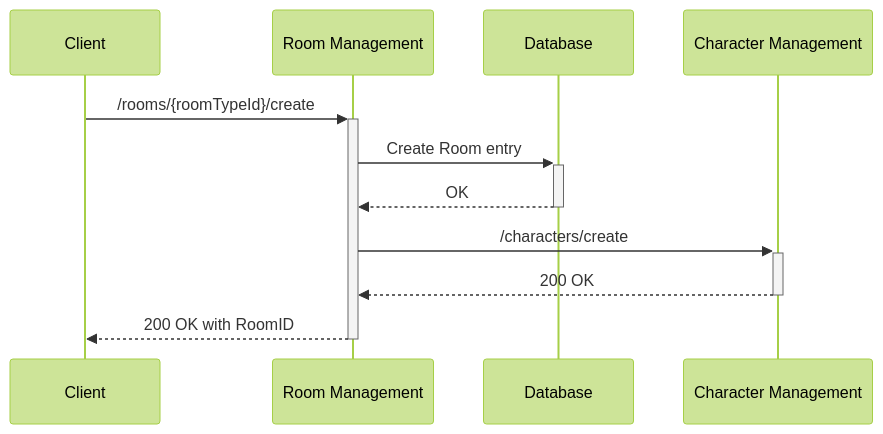
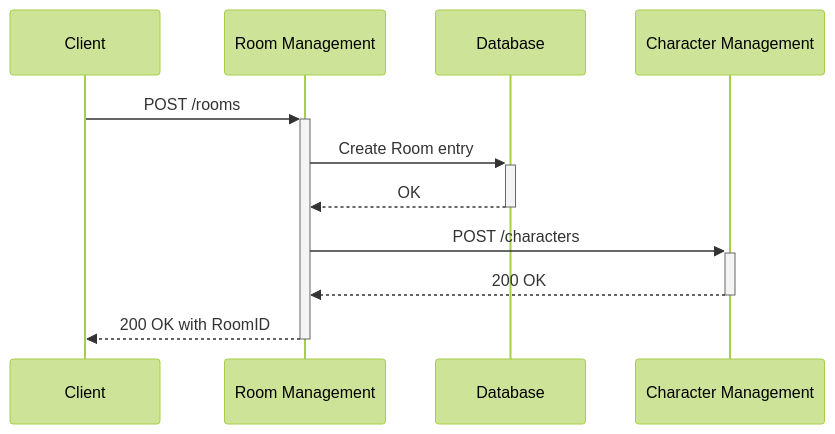
One commit to REW1L/munch-helper changed the second of 3 diagrams in docs/descriptions/MunchHelper/Backend Services/Room Management.md. Above: the diagram before and after it, drawn with Mermaid (forest theme). The commit also changed other lines of this file and 12 other files, not shown here.

````diff
--- a/docs/descriptions/MunchHelper/Backend Services/Room Management.md
+++ b/docs/descriptions/MunchHelper/Backend Services/Room Management.md
@@ -46,14 +45,14 @@
 ```mermaid
 sequenceDiagram
     participant Client
     participant Room Management
     participant Database
     participant Character Management
 
-    Client ->>+ Room Management: /rooms/{roomTypeId}/create
+    Client ->>+ Room Management: POST /rooms
     Room Management ->>+ Database: Create Room entry
     Database -->>- Room Management: OK
-    Room Management ->>+ Character Management: /characters/create
+    Room Management ->>+ Character Management: POST /characters
     Character Management -->>- Room Management: 200 OK
     Room Management -->>- Client: 200 OK with RoomID
 ```
````
